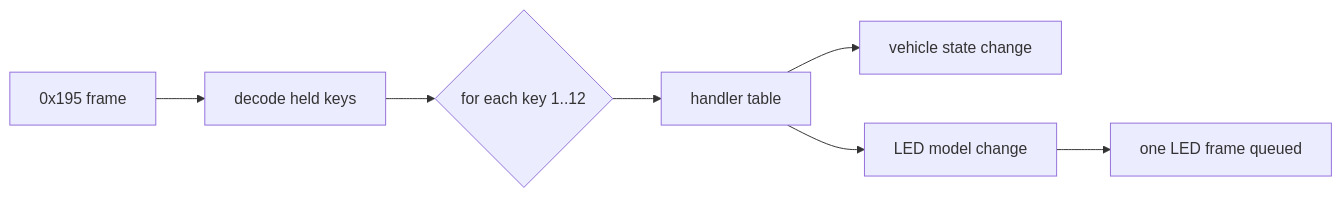
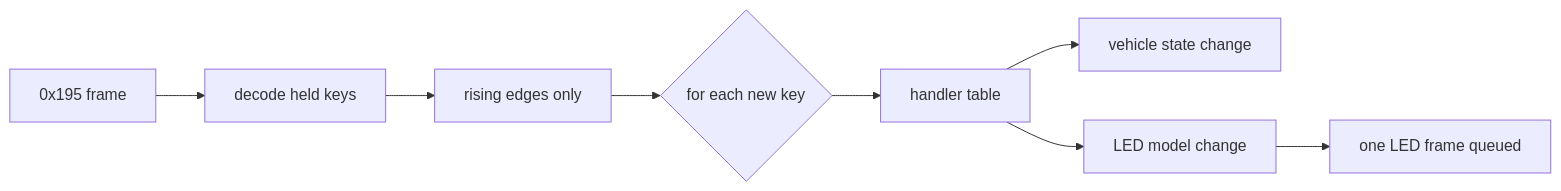
One commit to dreamev/mm-ecu changed the diagram in lode/keypad/button-behaviors.md. Above: the diagram before and after it, drawn with Mermaid. The commit also changed other lines of this file and 7 other files, not shown here.

````diff
--- a/lode/keypad/button-behaviors.md
+++ b/lode/keypad/button-behaviors.md
@@ -29,8 +30,8 @@
 ```mermaid
 flowchart LR
-  F[0x195 frame] --> D[decode held keys] --> L{for each key 1..12}
+  F[0x195 frame] --> D[decode held keys] --> E[rising edges only] --> L{for each new key}
   L --> H[handler table]
   H --> S[vehicle state change]
   H --> C[LED model change]
   C --> O[one LED frame queued]
 ```
````
